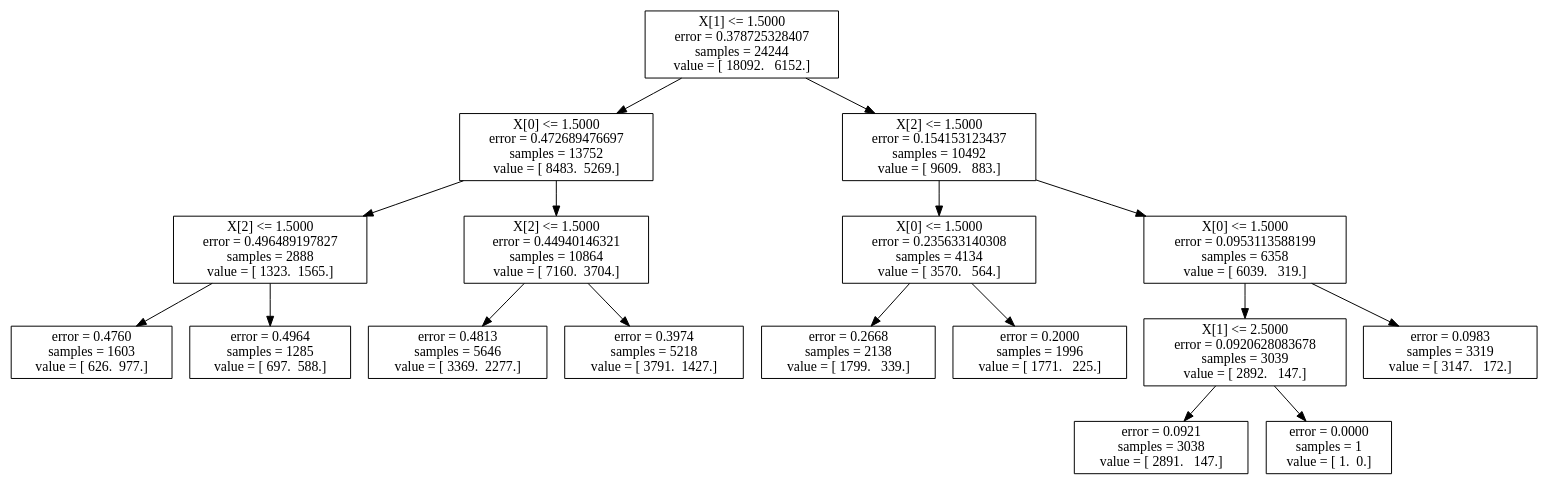
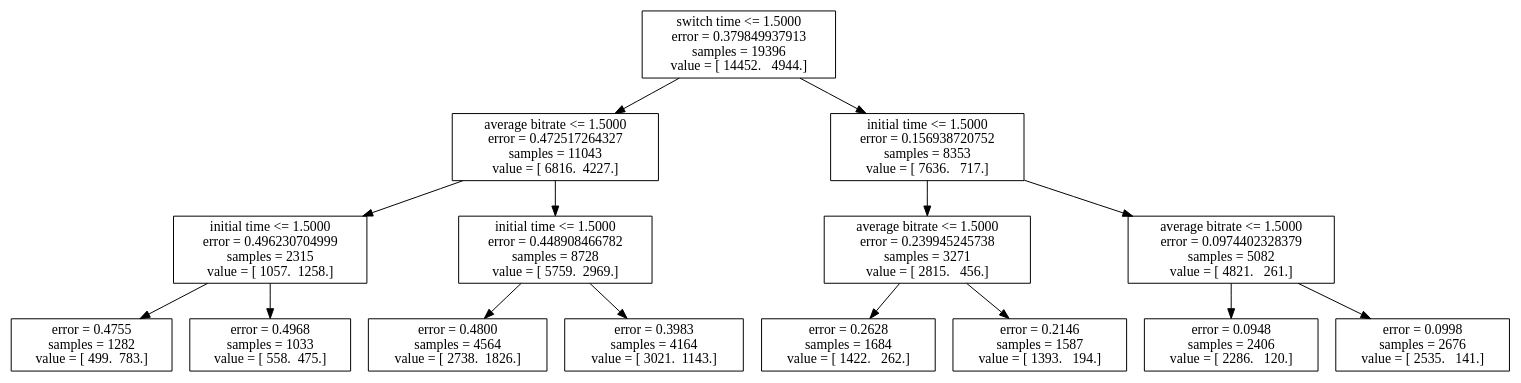
One commit to logicmd/DDQoE changed the diagram in ml/decision_tree/iPad_time.dot. Above: the diagram before and after it, drawn with Graphviz. The commit also changed 35 other files, not shown here.

```diff
--- a/ml/decision_tree/iPad_time.dot
+++ b/ml/decision_tree/iPad_time.dot
@@ -1,35 +1,31 @@
 digraph Tree {
-0 [label="X[1] <= 1.5000\nerror = 0.378725328407\nsamples = 24244\nvalue = [ 18092.   6152.]", shape="box"] ;
-1 [label="X[0] <= 1.5000\nerror = 0.472689476697\nsamples = 13752\nvalue = [ 8483.  5269.]", shape="box"] ;
+0 [label="switch time <= 1.5000\nerror = 0.379849937913\nsamples = 19396\nvalue = [ 14452.   4944.]", shape="box"] ;
+1 [label="average bitrate <= 1.5000\nerror = 0.472517264327\nsamples = 11043\nvalue = [ 6816.  4227.]", shape="box"] ;
 0 -> 1 ;
-2 [label="X[2] <= 1.5000\nerror = 0.496489197827\nsamples = 2888\nvalue = [ 1323.  1565.]", shape="box"] ;
+2 [label="initial time <= 1.5000\nerror = 0.496230704999\nsamples = 2315\nvalue = [ 1057.  1258.]", shape="box"] ;
 1 -> 2 ;
-3 [label="error = 0.4760\nsamples = 1603\nvalue = [ 626.  977.]", shape="box"] ;
+3 [label="error = 0.4755\nsamples = 1282\nvalue = [ 499.  783.]", shape="box"] ;
 2 -> 3 ;
-4 [label="error = 0.4964\nsamples = 1285\nvalue = [ 697.  588.]", shape="box"] ;
+4 [label="error = 0.4968\nsamples = 1033\nvalue = [ 558.  475.]", shape="box"] ;
 2 -> 4 ;
-5 [label="X[2] <= 1.5000\nerror = 0.44940146321\nsamples = 10864\nvalue = [ 7160.  3704.]", shape="box"] ;
+5 [label="initial time <= 1.5000\nerror = 0.448908466782\nsamples = 8728\nvalue = [ 5759.  2969.]", shape="box"] ;
 1 -> 5 ;
-6 [label="error = 0.4813\nsamples = 5646\nvalue = [ 3369.  2277.]", shape="box"] ;
+6 [label="error = 0.4800\nsamples = 4564\nvalue = [ 2738.  1826.]", shape="box"] ;
 5 -> 6 ;
-7 [label="error = 0.3974\nsamples = 5218\nvalue = [ 3791.  1427.]", shape="box"] ;
+7 [label="error = 0.3983\nsamples = 4164\nvalue = [ 3021.  1143.]", shape="box"] ;
 5 -> 7 ;
-8 [label="X[2] <= 1.5000\nerror = 0.154153123437\nsamples = 10492\nvalue = [ 9609.   883.]", shape="box"] ;
+8 [label="initial time <= 1.5000\nerror = 0.156938720752\nsamples = 8353\nvalue = [ 7636.   717.]", shape="box"] ;
 0 -> 8 ;
-9 [label="X[0] <= 1.5000\nerror = 0.235633140308\nsamples = 4134\nvalue = [ 3570.   564.]", shape="box"] ;
+9 [label="average bitrate <= 1.5000\nerror = 0.239945245738\nsamples = 3271\nvalue = [ 2815.   456.]", shape="box"] ;
 8 -> 9 ;
-10 [label="error = 0.2668\nsamples = 2138\nvalue = [ 1799.   339.]", shape="box"] ;
+10 [label="error = 0.2628\nsamples = 1684\nvalue = [ 1422.   262.]", shape="box"] ;
 9 -> 10 ;
-11 [label="error = 0.2000\nsamples = 1996\nvalue = [ 1771.   225.]", shape="box"] ;
+11 [label="error = 0.2146\nsamples = 1587\nvalue = [ 1393.   194.]", shape="box"] ;
 9 -> 11 ;
-12 [label="X[0] <= 1.5000\nerror = 0.0953113588199\nsamples = 6358\nvalue = [ 6039.   319.]", shape="box"] ;
+12 [label="average bitrate <= 1.5000\nerror = 0.0974402328379\nsamples = 5082\nvalue = [ 4821.   261.]", shape="box"] ;
 8 -> 12 ;
-13 [label="X[1] <= 2.5000\nerror = 0.0920628083678\nsamples = 3039\nvalue = [ 2892.   147.]", shape="box"] ;
+13 [label="error = 0.0948\nsamples = 2406\nvalue = [ 2286.   120.]", shape="box"] ;
 12 -> 13 ;
-14 [label="error = 0.0921\nsamples = 3038\nvalue = [ 2891.   147.]", shape="box"] ;
-13 -> 14 ;
-15 [label="error = 0.0000\nsamples = 1\nvalue = [ 1.  0.]", shape="box"] ;
-13 -> 15 ;
-16 [label="error = 0.0983\nsamples = 3319\nvalue = [ 3147.   172.]", shape="box"] ;
-12 -> 16 ;
+14 [label="error = 0.0998\nsamples = 2676\nvalue = [ 2535.   141.]", shape="box"] ;
+12 -> 14 ;
 }
```
